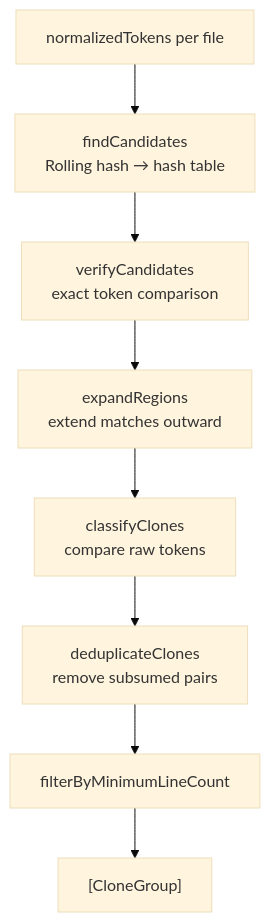
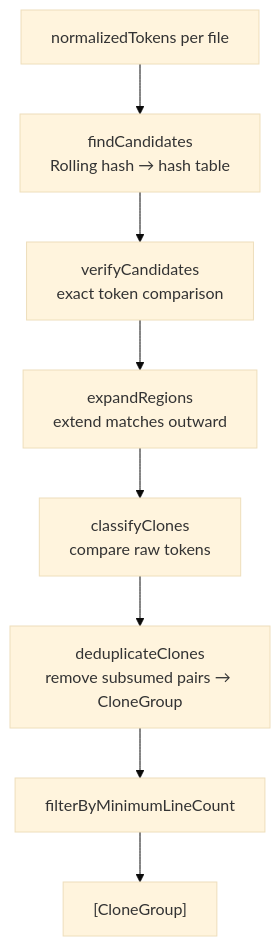
Before and after one commit to ericodx/swift-cpd: the diagram in Docs/CodeBase/06-detection-type12.md, drawn with Mermaid (base theme). The commit also changed other lines of this file, not shown here.

````diff
--- a/Docs/CodeBase/06-detection-type12.md
+++ b/Docs/CodeBase/06-detection-type12.md
@@ -25,10 +28,10 @@
 ```mermaid
 flowchart TD
     A["normalizedTokens per file"] --> B["findCandidates\nRolling hash → hash table"]
     B --> C["verifyCandidates\nexact token comparison"]
     C --> D["expandRegions\nextend matches outward"]
     D --> E["classifyClones\ncompare raw tokens"]
-    E --> F["deduplicateClones\nremove subsumed pairs"]
+    E --> F["deduplicateClones\nremove subsumed pairs → CloneGroup"]
     F --> G["filterByMinimumLineCount"]
     G --> H["[CloneGroup]"]
 ```
````
